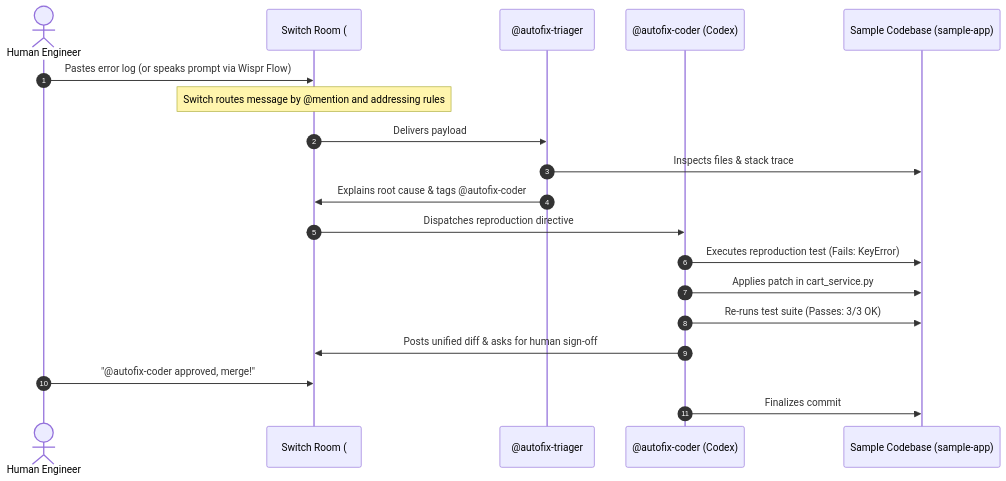
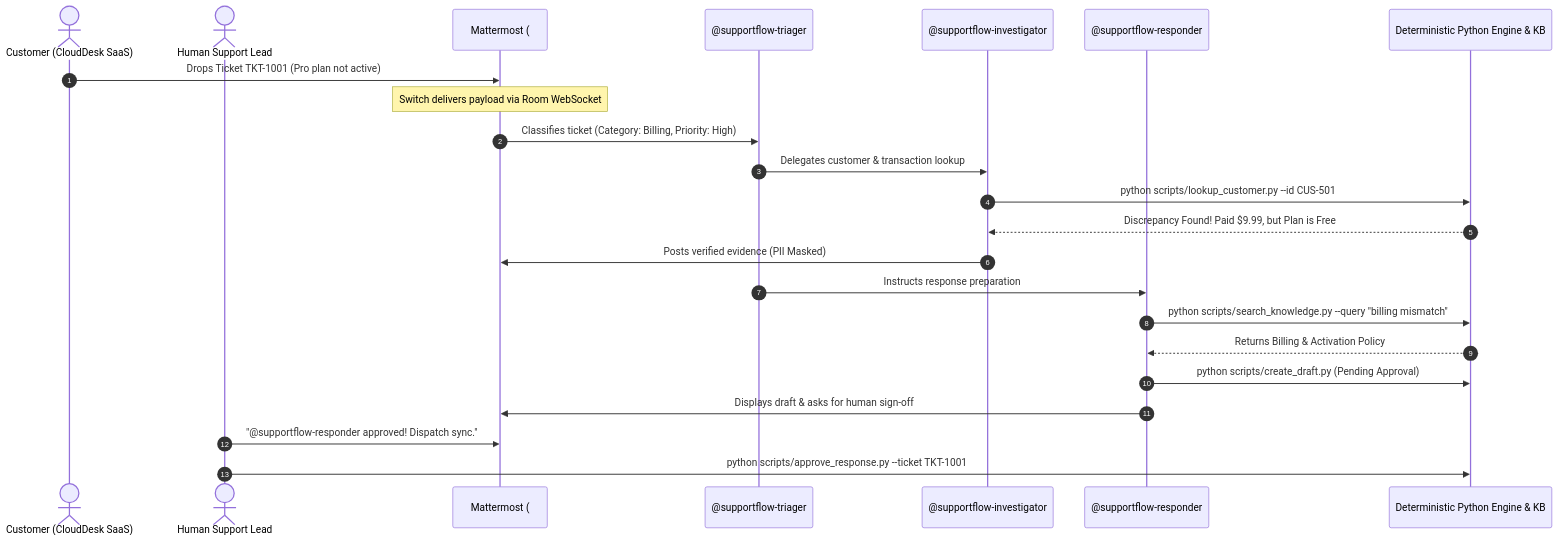
One commit to bappaditya-paul/supportflow changed the diagram in README.md. Above: the diagram before and after it, drawn with Mermaid. The commit also changed other lines of this file and 46 other files, not shown here.

Commit message:
feat: complete production-level SupportFlow project with Switch AI swarm, FastAPI dashboard, CLI tools, and 100% test coverage

````diff
--- a/README.md
+++ b/README.md
@@ -36,22 +21,26 @@
 ```mermaid
 sequenceDiagram
     autonumber
-    actor Dev as Human Engineer
-    participant Room as Switch Room (#incident-war-room)
-    participant Triager as @autofix-triager
-    participant Coder as @autofix-coder (Codex)
-    participant Target as Sample Codebase (sample-app)
+    actor Customer as Customer (CloudDesk SaaS)
+    actor Lead as Human Support Lead
+    participant Room as Mattermost (#SupportFlow)
+    participant Triager as @supportflow-triager
+    participant Inv as @supportflow-investigator
+    participant Resp as @supportflow-responder
+    participant Engine as Deterministic Python Engine & KB
 
-    Dev->>Room: Pastes error log (or speaks prompt via Wispr Flow)
-    Note over Room: Switch routes message by @mention and addressing rules
-    Room->>Triager: Delivers payload
-    Triager->>Target: Inspects files & stack trace
-    Triager->>Room: Explains root cause & tags @autofix-coder
-    Room->>Coder: Dispatches reproduction directive
-    Coder->>Target: Executes reproduction test (Fails: KeyError)
-    Coder->>Target: Applies patch in cart_service.py
-    Coder->>Target: Re-runs test suite (Passes: 3/3 OK)
-    Coder->>Room: Posts unified diff & asks for human sign-off
-    Dev->>Room: "@autofix-coder approved, merge!"
-    Coder->>Target: Finalizes commit
+    Customer->>Room: Drops Ticket TKT-1001 (Pro plan not active)
+    Note over Room: Switch delivers payload via Room WebSocket
+    Room->>Triager: Classifies ticket (Category: Billing, Priority: High)
+    Triager->>Inv: Delegates customer & transaction lookup
+    Inv->>Engine: python scripts/lookup_customer.py --id CUS-501
+    Engine-->>Inv: Discrepancy Found! Paid $9.99, but Plan is Free
+    Inv->>Room: Posts verified evidence (PII Masked)
+    Triager->>Resp: Instructs response preparation
+    Resp->>Engine: python scripts/search_knowledge.py --query "billing mismatch"
+    Engine-->>Resp: Returns Billing & Activation Policy
+    Resp->>Engine: python scripts/create_draft.py (Pending Approval)
+    Resp->>Room: Displays draft & asks for human sign-off
+    Lead->>Room: "@supportflow-responder approved! Dispatch sync."
+    Lead->>Engine: python scripts/approve_response.py --ticket TKT-1001
 ```
````
